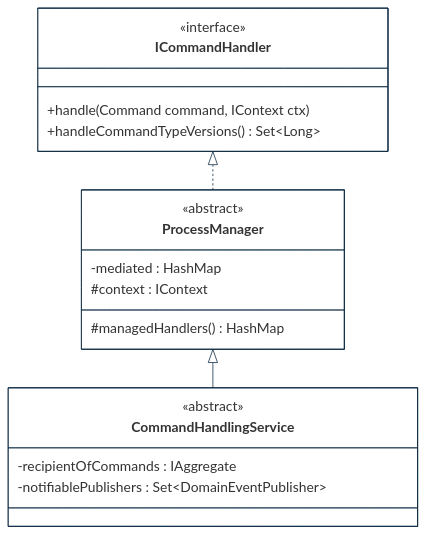
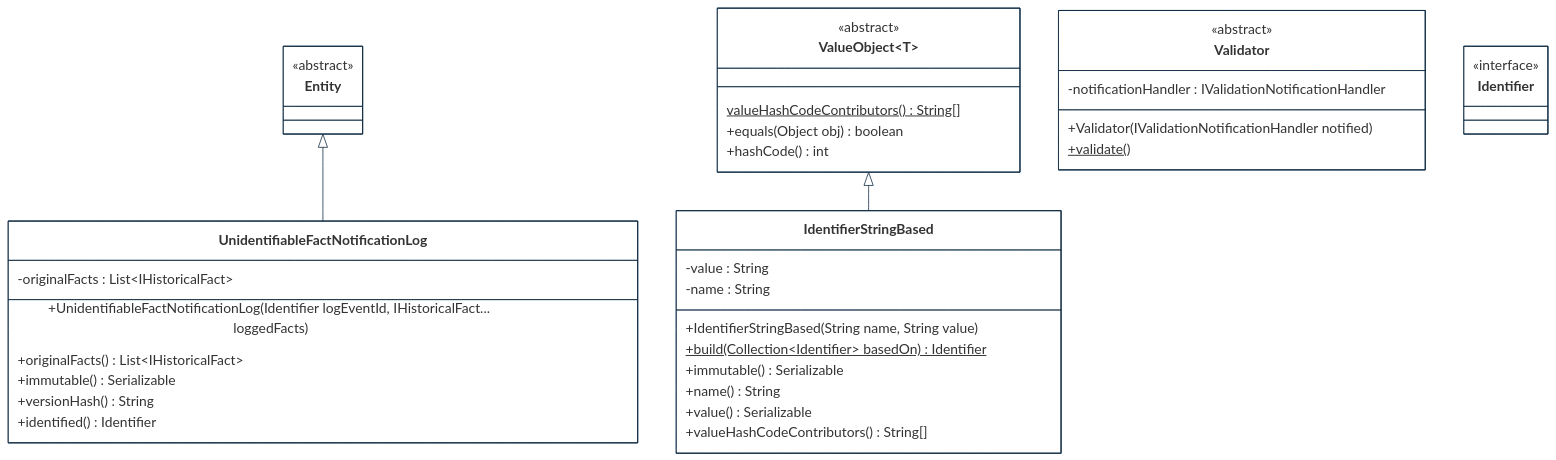
Before and after one commit to cybnity/foundation: the third of 3 diagrams in implementations-line/framework/domain/designview-structure-models.md, drawn with Mermaid. The commit also changed other lines of this file and 1 other file, not shown here.

````diff
--- a/implementations-line/framework/domain/designview-structure-models.md
+++ b/implementations-line/framework/domain/designview-structure-models.md
@@ -171,40 +195,60 @@
 ```mermaid
 %%{
   init: {
     'theme': 'base',
     'themeVariables': {
         'background': '#ffffff',
         'fontFamily': 'arial',
         'fontSize': '18px',
         'primaryColor': '#fff',
         'primaryBorderColor': '#0e2a43',
         'secondaryBorderColor': '#0e2a43',
         'tertiaryBorderColor': '#0e2a43',
         'edgeLabelBackground':'#0e2a43',
         'lineColor': '#0e2a43',
         'tertiaryColor': '#fff'
     }
   }
 }%%
 classDiagram
-    ICommandHandler <|.. ProcessManager
-    ProcessManager <|-- CommandHandlingService
+    Entity <|-- UnidentifiableFactNotificationLog
+    ValueObject~T~ <|-- IdentifierStringBased
 
-    class CommandHandlingService {
+    class UnidentifiableFactNotificationLog {
+        -originalFacts : List~IHistoricalFact~
+        +UnidentifiableFactNotificationLog(Identifier logEventId, IHistoricalFact... loggedFacts)
+        +originalFacts() List~IHistoricalFact~
+        +immutable() Serializable
+        +versionHash() String
+        +identified() Identifier
+    }
+    class Entity {
         <<abstract>>
-        -recipientOfCommands : IAggregate
-        -notifiablePublishers : Set~DomainEventPublisher~
     }
-    class ICommandHandler {
+    class Validator {
+        <<abstract>>
+        -notificationHandler : IValidationNotificationHandler
+        +Validator(IValidationNotificationHandler notified)
+        +validate()$
+    }
+    class Identifier {
         <<interface>>
-        +handle(Command command, IContext ctx)
-        +handleCommandTypeVersions() Set~Long~
     }
-    class ProcessManager {
+    class IdentifierStringBased {
+        -value : String
+        -name : String
+        +IdentifierStringBased(String name, String value)
+        +build(Collection~Identifier~ basedOn)$ Identifier
+        +immutable() Serializable
+        +name() String
+        +value() Serializable
+        +valueHashCodeContributors() String[]
+    }
+    class ValueObject~T~ {
         <<abstract>>
-        -mediated : HashMap
-        #context : IContext
-        #managedHandlers() HashMap
+        valueHashCodeContributors()$ String[]
+        +equals(Object obj) boolean
+        +hashCode() int
     }
 
 ```
````
